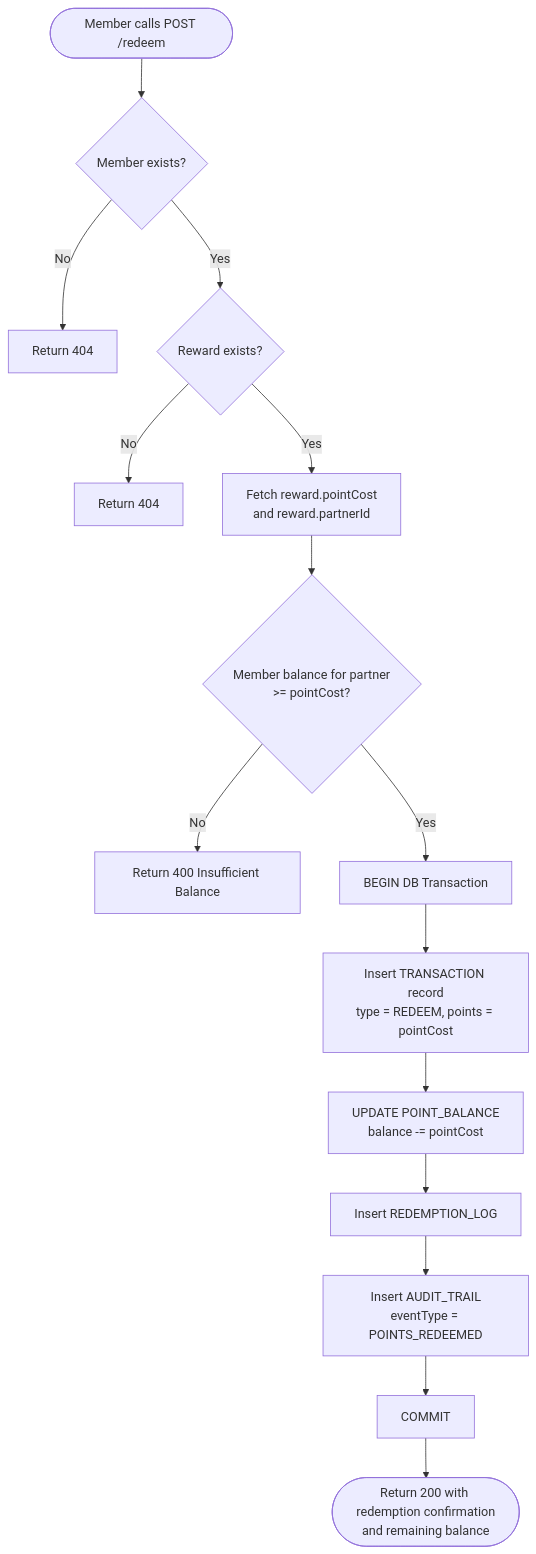
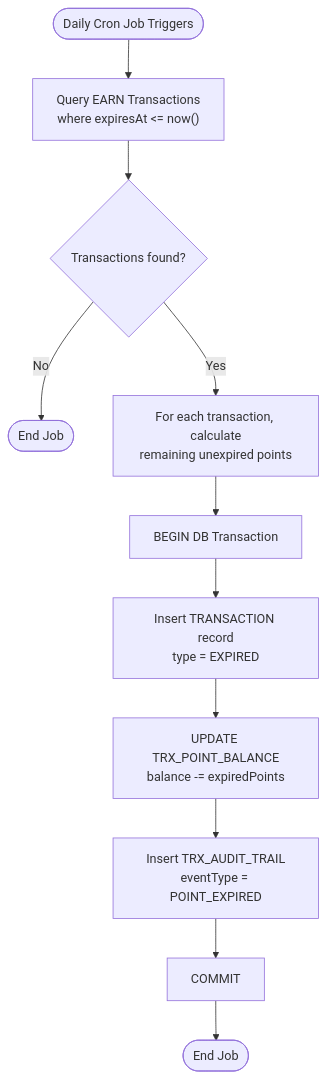
Before and after one commit to jtnqr/JDT-17-LOYALTY: the third of 4 diagrams in TSD.md, drawn with Mermaid. The commit also changed other lines of this file and 4 other files, not shown here.

First line of the commit message:
docs: update loyalty platform specifications and architecture

````diff
--- a/TSD.md
+++ b/TSD.md
@@ -158,17 +142,13 @@
 ```mermaid
 flowchart TD
-    A([Member calls POST /redeem]) --> B{Member exists?}
-    B -- No --> ERR1[Return 404]
-    B -- Yes --> C{Reward exists?}
-    C -- No --> ERR2[Return 404]
-    C -- Yes --> D[Fetch reward.pointCost\nand reward.partnerId]
-    D --> E{Member balance for partner\n>= pointCost?}
-    E -- No --> ERR3[Return 400 Insufficient Balance]
-    E -- Yes --> F[BEGIN DB Transaction]
-    F --> G[Insert TRANSACTION record\ntype = REDEEM, points = pointCost]
-    G --> H[UPDATE POINT_BALANCE\nbalance -= pointCost]
-    H --> I[Insert REDEMPTION_LOG]
-    I --> J[Insert AUDIT_TRAIL\neventType = POINTS_REDEEMED]
-    J --> K[COMMIT]
-    K --> L([Return 200 with redemption confirmation\nand remaining balance])
+    A([Daily Cron Job Triggers]) --> B["Query EARN Transactions<br>where expiresAt <= now()"]
+    B --> C{Transactions found?}
+    C -- No --> D([End Job])
+    C -- Yes --> E["For each transaction, calculate<br>remaining unexpired points"]
+    E --> F[BEGIN DB Transaction]
+    F --> G["Insert TRANSACTION record<br>type = EXPIRED"]
+    G --> H["UPDATE TRX_POINT_BALANCE<br>balance -= expiredPoints"]
+    H --> I["Insert TRX_AUDIT_TRAIL<br>eventType = POINT_EXPIRED"]
+    I --> J[COMMIT]
+    J --> K([End Job])
 ```
````
